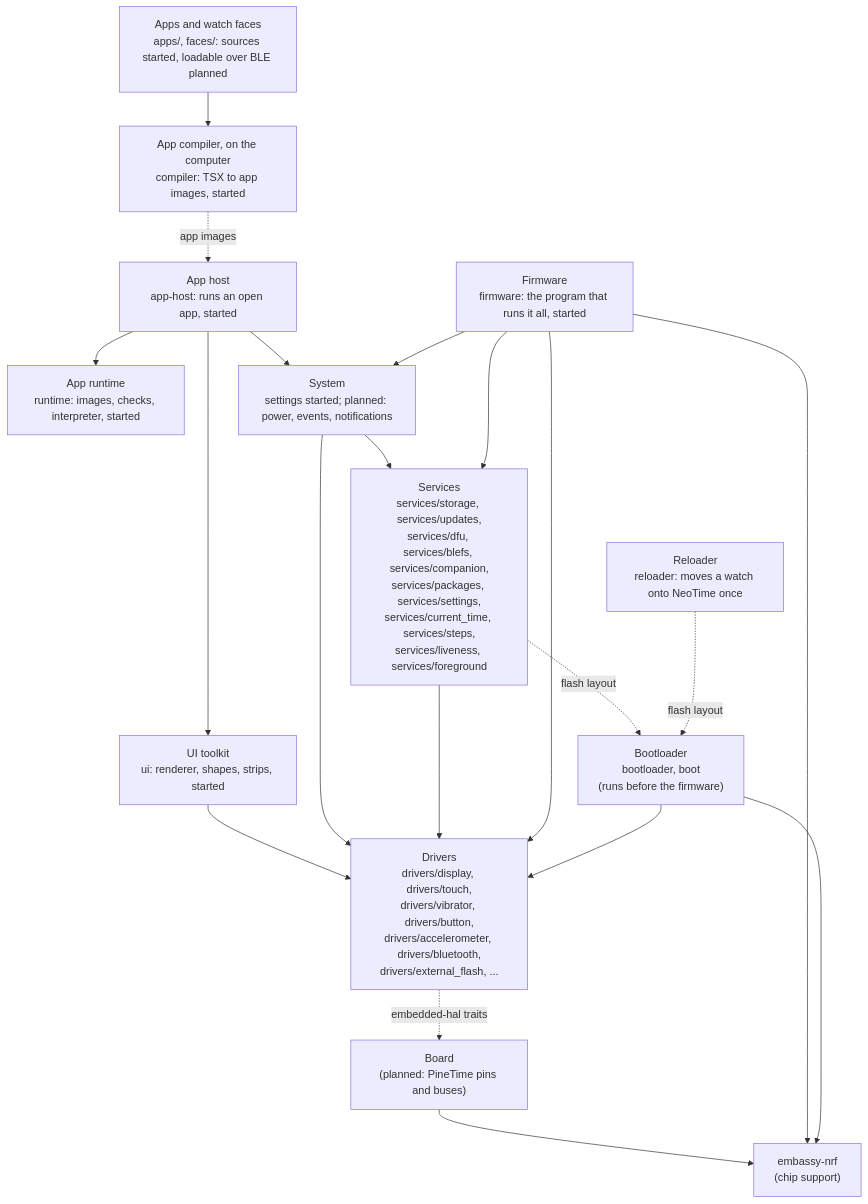
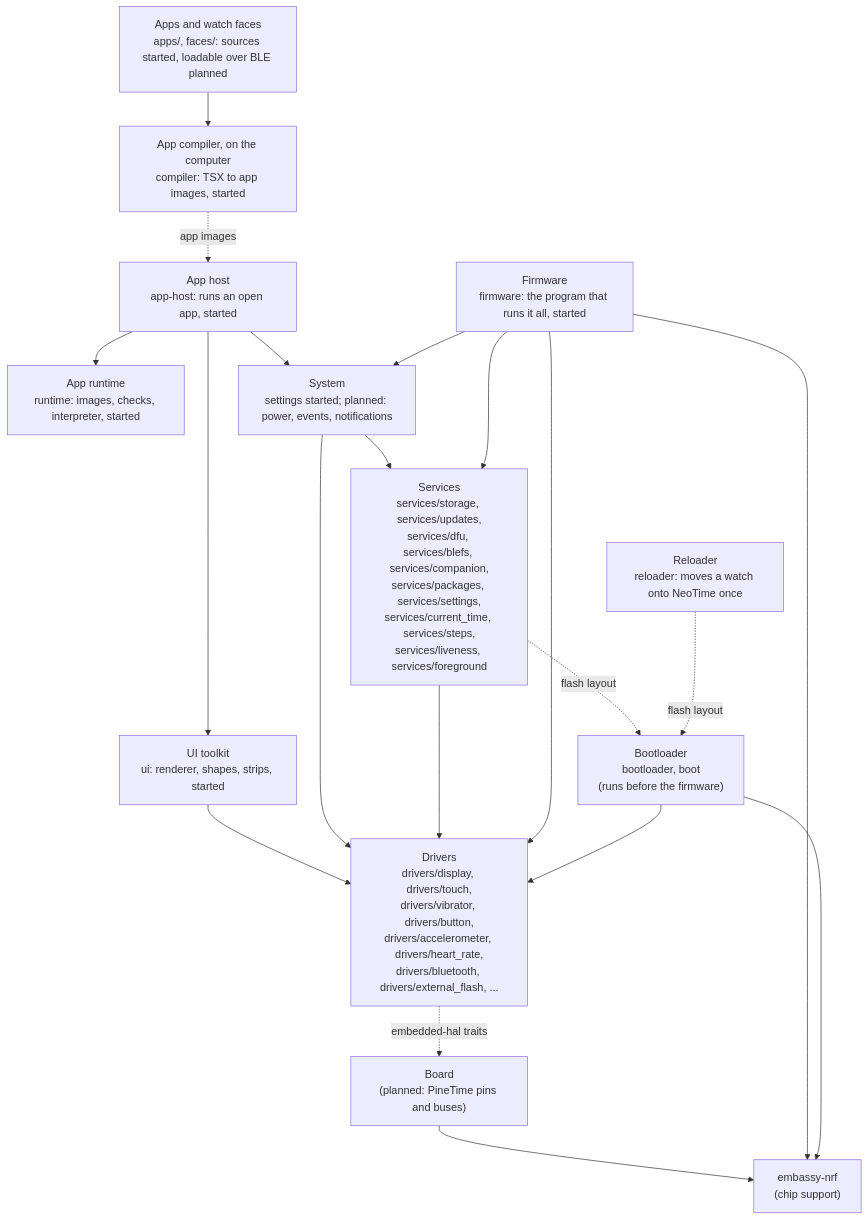
Before and after one commit to BeatLink/BattleTime: the diagram in docs/architecture.md, drawn with Mermaid. The commit also changed other lines of this file and 29 other files, not shown here.

First line of the commit message:
feat(heart-rate): read the HRS3300 and serve heart rate to apps

````diff
--- a/docs/architecture.md
+++ b/docs/architecture.md
@@ -28,38 +28,38 @@
 ```mermaid
 flowchart TB
     apps["Apps and watch faces<br/>apps/, faces/: sources started, loadable over BLE planned"]
     host["App host<br/>app-host: runs an open app, started"]
     compiler["App compiler, on the computer<br/>compiler: TSX to app images, started"]
     runtime["App runtime<br/>runtime: images, checks, interpreter, started"]
     ui["UI toolkit<br/>ui: renderer, shapes, strips, started"]
     system["System<br/>settings started; planned: power, events, notifications"]
     services["Services<br/>services/storage, services/updates,<br/>services/dfu, services/blefs, services/companion,<br/>services/packages, services/settings,<br/>services/current_time, services/steps,<br/>services/liveness, services/foreground"]
-    drivers["Drivers<br/>drivers/display, drivers/touch,<br/>drivers/vibrator, drivers/button,<br/>drivers/accelerometer, drivers/bluetooth,<br/>drivers/external_flash, ..."]
+    drivers["Drivers<br/>drivers/display, drivers/touch,<br/>drivers/vibrator, drivers/button,<br/>drivers/accelerometer, drivers/heart_rate,<br/>drivers/bluetooth, drivers/external_flash, ..."]
     board["Board<br/>(planned: PineTime pins and buses)"]
     hal["embassy-nrf<br/>(chip support)"]
 
     apps --> compiler
     compiler -. app images .-> host
     host --> runtime
     host --> ui
     host --> system
     ui --> drivers
     system --> services
     system --> drivers
     services --> drivers
     drivers -. embedded-hal traits .-> board
     board --> hal
 
     firmware["Firmware<br/>firmware: the program that runs it all, started"]
     firmware --> system
     firmware --> services
     firmware --> drivers
     firmware --> hal
 
     bootloader["Bootloader<br/>bootloader, boot<br/>(runs before the firmware)"]
     bootloader --> drivers
     bootloader --> hal
     services -. flash layout .-> bootloader
     reloader["Reloader<br/>reloader: moves a watch onto NeoTime once"]
     reloader -. flash layout .-> bootloader
 ```
````
